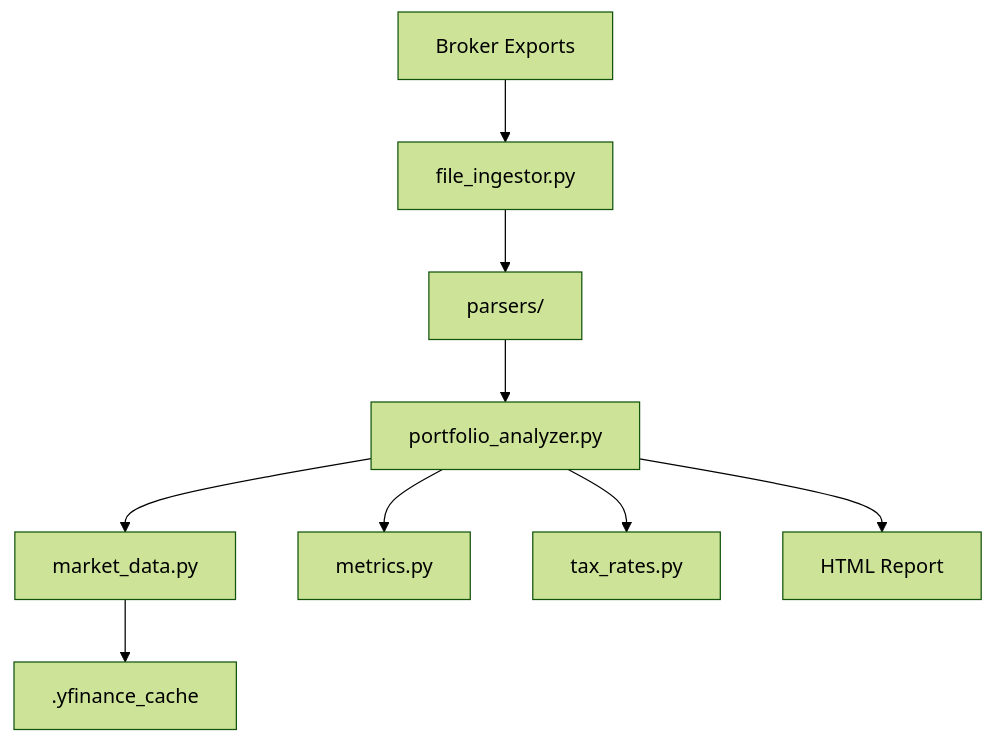
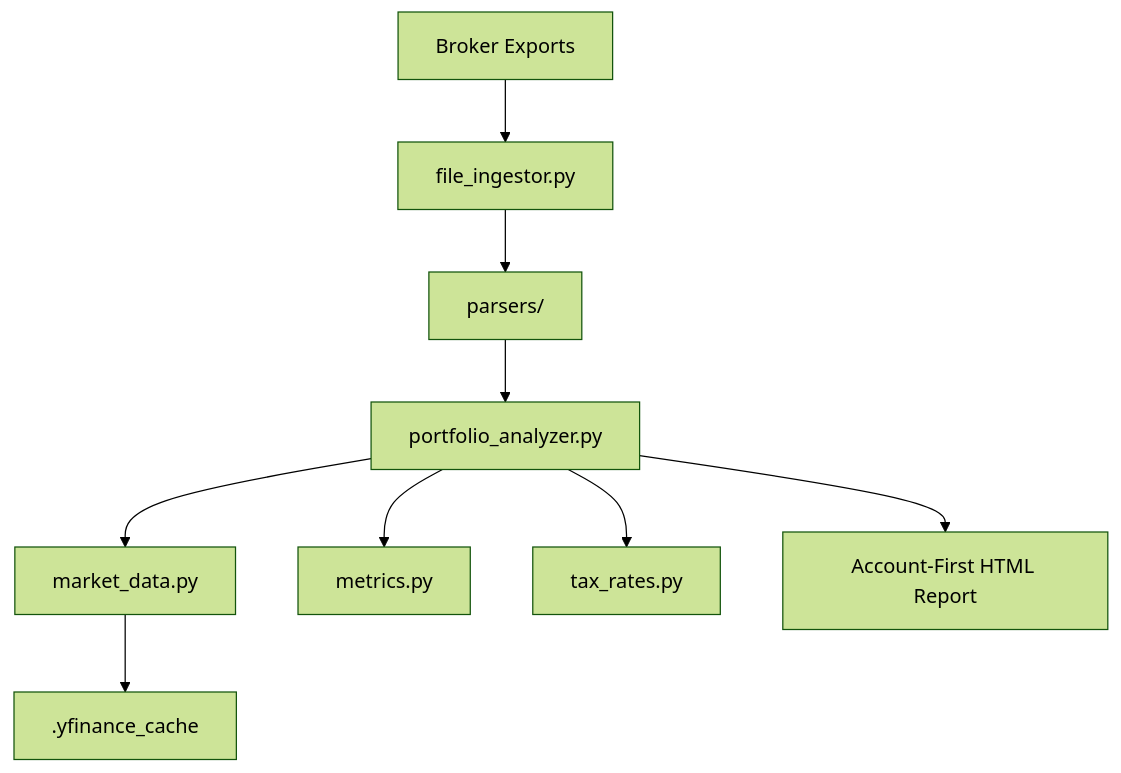
The diagram in ARCHITECTURE.md (skibxskatic/Portfolio_Optimizer), drawn with Mermaid (forest theme) before and after one commit. The commit also changed other lines of this file and 30 other files, not shown here.

````diff
--- a/ARCHITECTURE.md
+++ b/ARCHITECTURE.md
@@ -22,11 +22,11 @@
 ```mermaid
 graph TD
     A[Broker Exports] --> B[file_ingestor.py]
     B --> C[parsers/]
     C --> D[portfolio_analyzer.py]
     D --> E[market_data.py]
     E --> F[.yfinance_cache]
     D --> G[metrics.py]
     D --> H[tax_rates.py]
-    D --> I[HTML Report]
+    D --> I[Account-First HTML Report]
 ```
````
